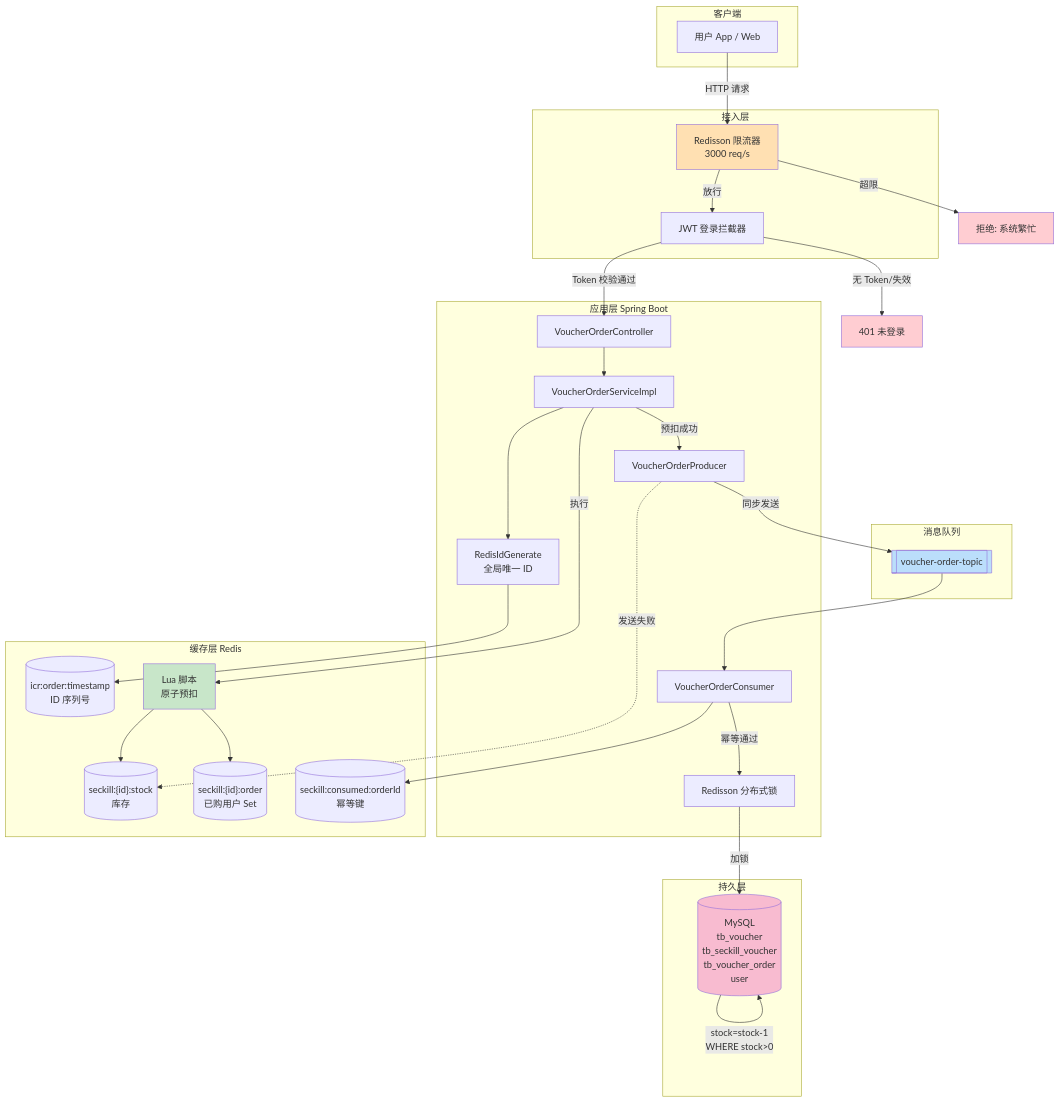
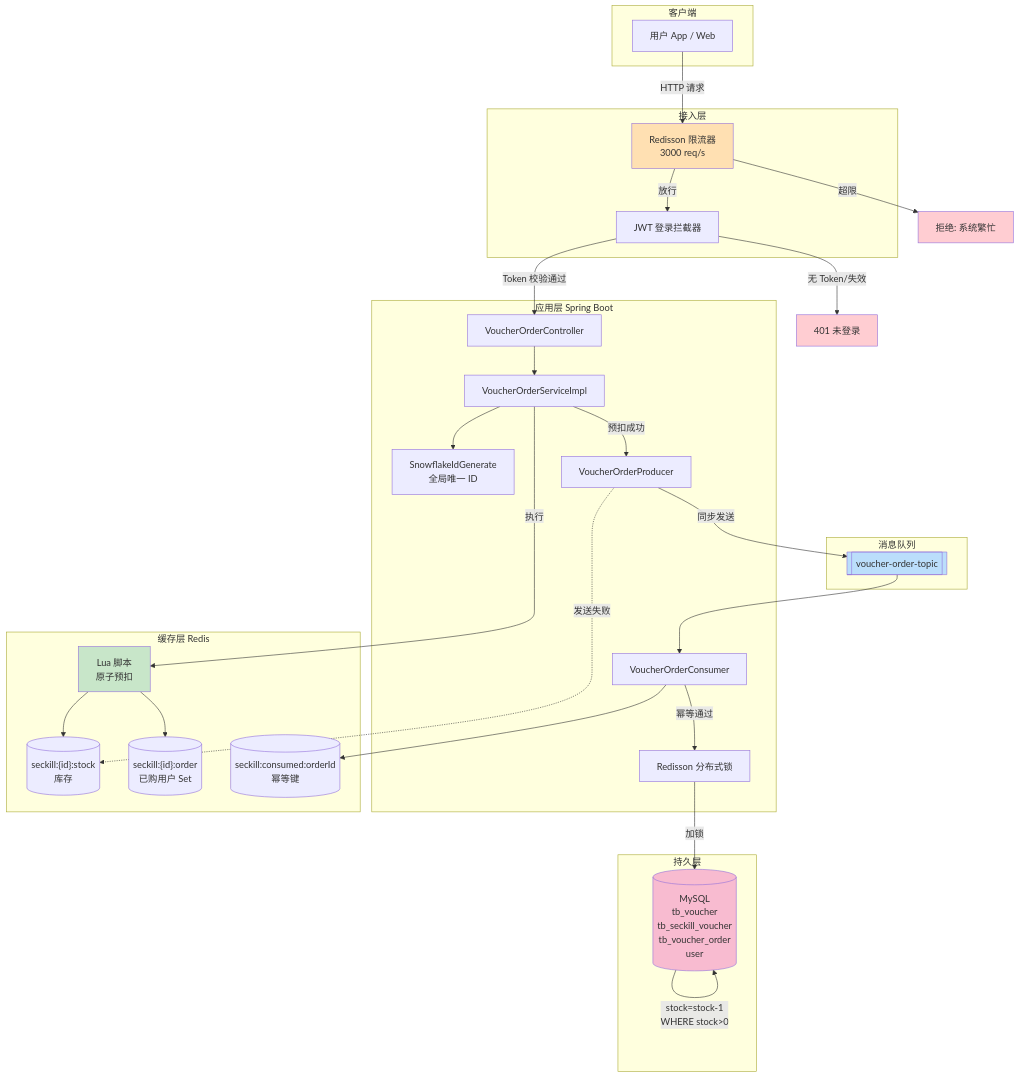
Before and after one commit to Shardkiht/FlashDeal: the first of 3 diagrams in README.md, drawn with Mermaid. The commit also changed other lines of this file, not shown here.

````diff
--- a/README.md
+++ b/README.md
@@ -66,63 +67,63 @@
 ```mermaid
 flowchart TB
     subgraph Client["客户端"]
         U["用户 App / Web"]
     end
 
     subgraph Gateway["接入层"]
         RL["Redisson 限流器<br/>3000 req/s"]
         LI["JWT 登录拦截器"]
     end
 
     subgraph App["应用层 Spring Boot"]
         CTRL["VoucherOrderController"]
         SVC["VoucherOrderServiceImpl"]
-        IDG["RedisIdGenerate<br/>全局唯一 ID"]
+        IDG["SnowflakeIdGenerate<br/>全局唯一 ID"]
         PROD["VoucherOrderProducer"]
         CONS["VoucherOrderConsumer"]
         LOCK["Redisson 分布式锁"]
     end
 
     subgraph Cache["缓存层 Redis"]
         STOCK[("seckill:{id}:stock<br/>库存")]
         ORDER[("seckill:{id}:order<br/>已购用户 Set")]
         IDEM[("seckill:consumed:orderId<br/>幂等键")]
-        IDSEQ[("icr:order:timestamp<br/>ID 序列号")]
+
         LUA["Lua 脚本<br/>原子预扣"]
     end
 
     subgraph MQ["消息队列"]
         TOPIC[["voucher-order-topic"]]
     end
 
     subgraph DB["持久层"]
         MYSQL[("MySQL<br/>tb_voucher<br/>tb_seckill_voucher<br/>tb_voucher_order<br/>user")]
     end
 
     U -->|HTTP 请求| RL
     RL -->|放行| LI
     RL -->|超限| REJ["拒绝: 系统繁忙"]
     LI -->|Token 校验通过| CTRL
     LI -->|无 Token/失效| UNAUTH["401 未登录"]
     CTRL --> SVC
     SVC --> IDG
-    IDG --> IDSEQ
+
     SVC -->|执行| LUA
     LUA --> STOCK
     LUA --> ORDER
     SVC -->|预扣成功| PROD
     PROD -->|同步发送| TOPIC
     PROD -.->|发送失败| STOCK
     TOPIC --> CONS
     CONS --> IDEM
     CONS -->|幂等通过| LOCK
     LOCK -->|加锁| MYSQL
     MYSQL -->|stock=stock-1<br/>WHERE stock>0| MYSQL
 
     style RL fill:#ffe0b2
     style LUA fill:#c8e6c9
     style TOPIC fill:#bbdefb
     style MYSQL fill:#f8bbd0
     style REJ fill:#ffcdd2
     style UNAUTH fill:#ffcdd2
 ```
````
